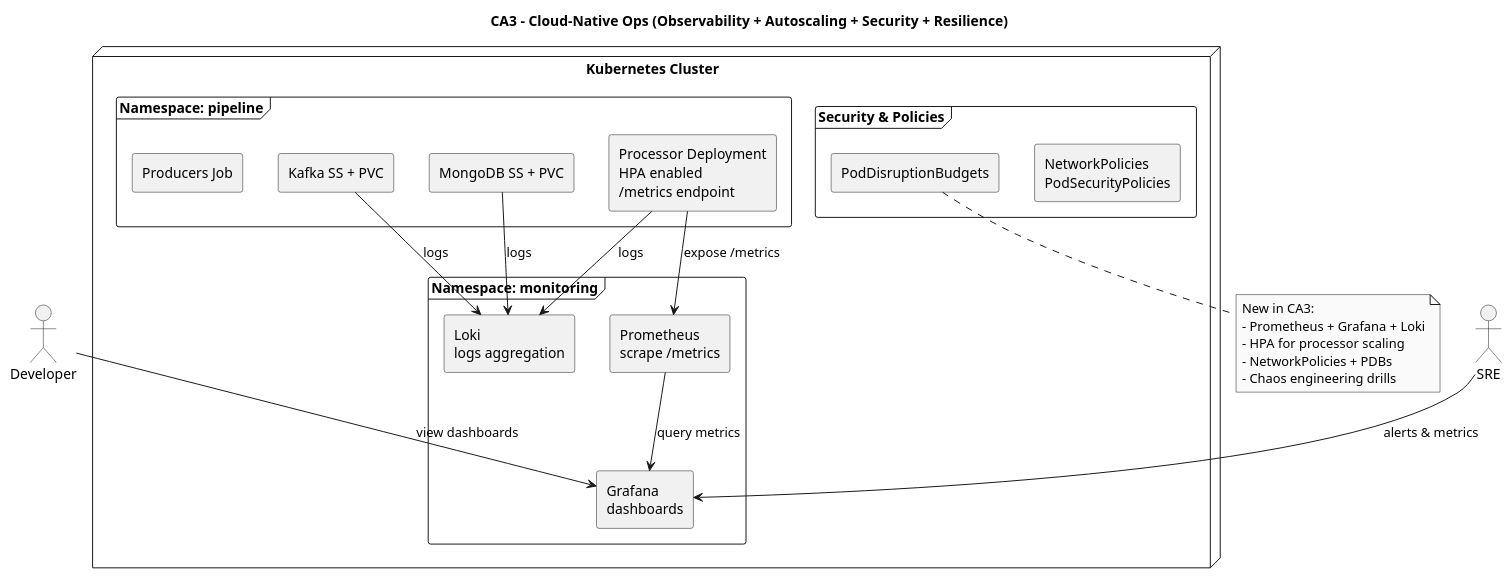
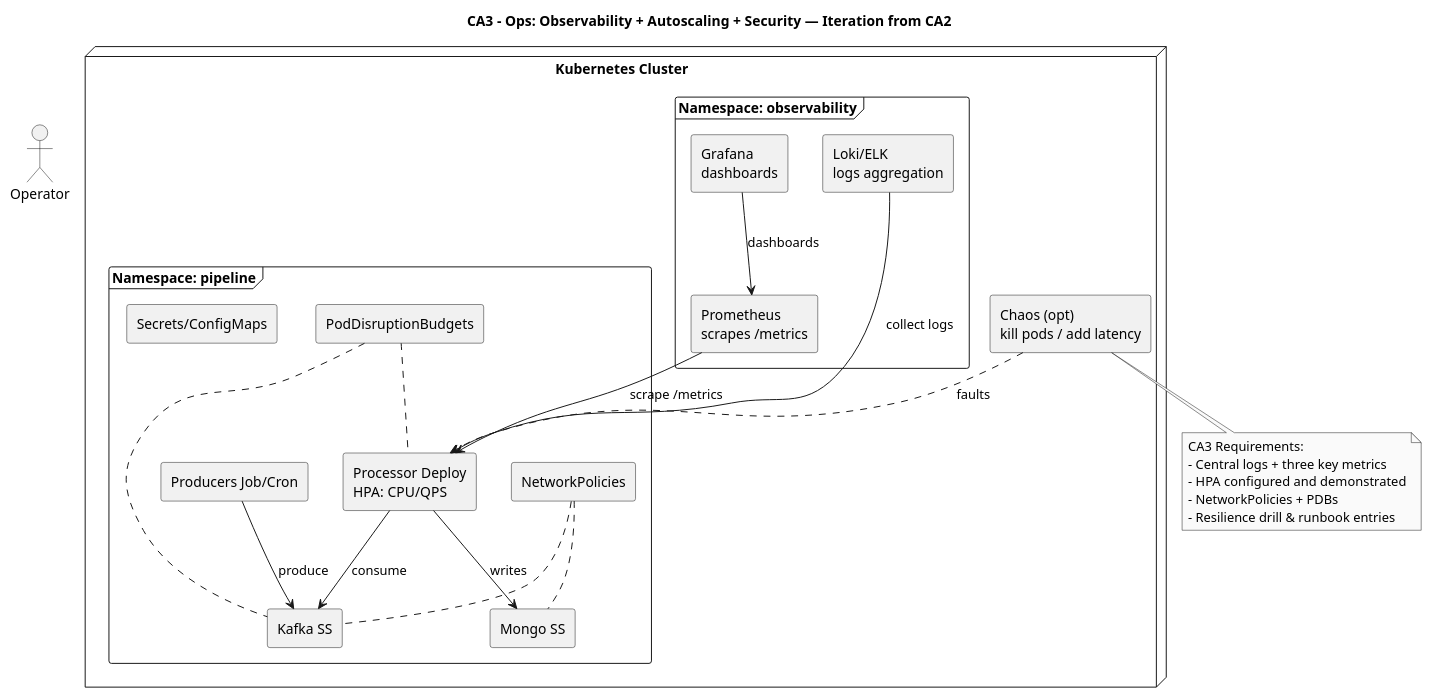
One commit to brobro10000/gpu-token-analytics-pipeline changed the diagram in CA3/architecture.md. Above: the diagram before and after it, drawn with PlantUML. The commit also changed other lines of this file and 7 other files, not shown here.

Commit message:
Update CA1-CA4 architecture diagrams and conversation summaries per CS5287 requirements

````diff
--- a/CA3/architecture.md
+++ b/CA3/architecture.md
@@ -7,49 +7,50 @@
 ```plantuml
 @startuml
-title CA3 - Cloud-Native Ops (Observability + Autoscaling + Security + Resilience)
+title CA3 - Ops: Observability + Autoscaling + Security — Iteration from CA2
 
 skinparam shadowing false
 skinparam monochrome true
 skinparam componentStyle rectangle
 
-actor "Developer" as Dev
-actor "SRE" as SRE
+actor "Operator" as Op
 
 node "Kubernetes Cluster" {
   frame "Namespace: pipeline" {
-    component "Kafka SS + PVC" as Kafka
-    component "MongoDB SS + PVC" as Mongo
-    component "Processor Deployment\nHPA enabled\n/metrics endpoint" as Proc
-    component "Producers Job" as Prod
+    component "Kafka SS" as Kafka
+    component "Mongo SS" as Mongo
+    component "Processor Deploy\nHPA: CPU/QPS" as Proc
+    component "Producers Job/Cron" as Prod
+    component "NetworkPolicies" as NetPol
+    component "PodDisruptionBudgets" as PDB
+    component "Secrets/ConfigMaps" as Cfg
   }
-  
-  frame "Namespace: monitoring" {
-    component "Prometheus\nscrape /metrics" as Prom
+  frame "Namespace: observability" {
+    component "Prometheus\nscrapes /metrics" as Prom
     component "Grafana\ndashboards" as Graf
-    component "Loki\nlogs aggregation" as Loki
+    component "Loki/ELK\nlogs aggregation" as Logs
   }
-  
-  frame "Security & Policies" {
-    component "NetworkPolicies\nPodSecurityPolicies" as NetPol
-    component "PodDisruptionBudgets" as PDB
-  }
+  component "Chaos (opt)\nkill pods / add latency" as Chaos
 }
 
-Dev --> Graf : view dashboards
-SRE --> Graf : alerts & metrics
-Proc --> Prom : expose /metrics
-Prom --> Graf : query metrics
-Kafka --> Loki : logs
-Mongo --> Loki : logs
-Proc --> Loki : logs
+Prod --> Kafka : produce
+Proc --> Kafka : consume
+Proc --> Mongo : writes
+Prom --> Proc : scrape /metrics
+Graf --> Prom : dashboards
+Logs --> Proc : collect logs
+Chaos ..> Proc : faults
+NetPol .. Kafka
+NetPol .. Mongo
+PDB .. Kafka
+PDB .. Proc
 
 note bottom
-New in CA3:
-- Prometheus + Grafana + Loki
-- HPA for processor scaling
+CA3 Requirements:
+- Central logs + three key metrics
+- HPA configured and demonstrated
 - NetworkPolicies + PDBs
-- Chaos engineering drills
+- Resilience drill & runbook entries
 end note
 
 @enduml
 ```
````
